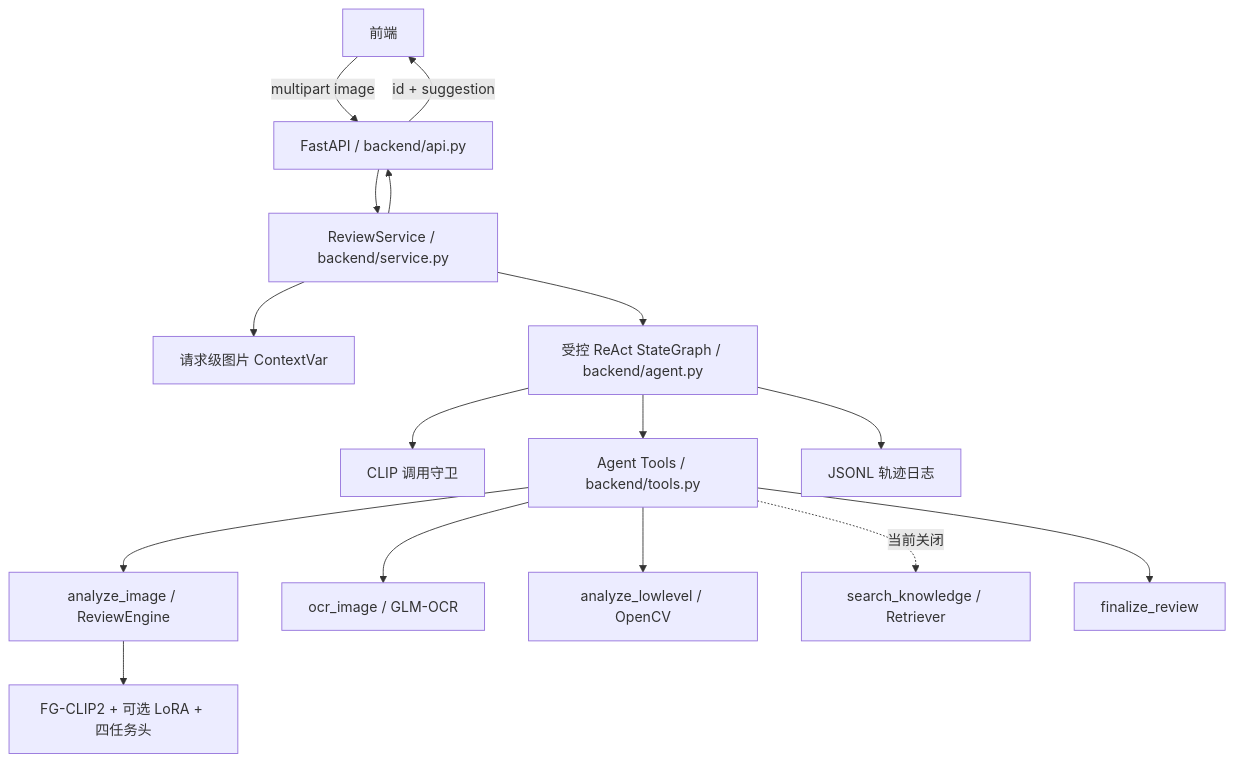
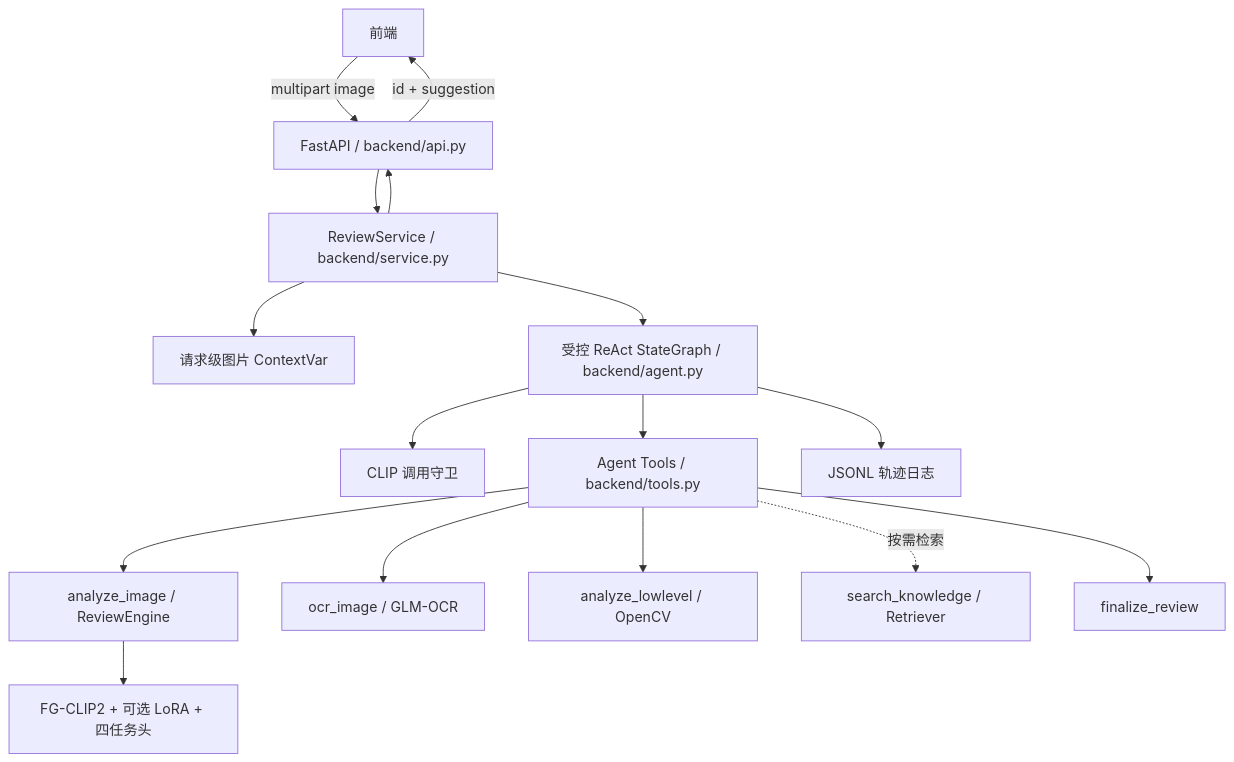
One commit to ZhangGuannanHIT/Image-Review-Agent changed the diagram in docs/architecture.md. Above: the diagram before and after it, drawn with Mermaid. The commit also changed other lines of this file and 22 other files, not shown here.

````diff
--- a/docs/architecture.md
+++ b/docs/architecture.md
@@ -13,18 +13,18 @@
 ```mermaid
 flowchart TD
     FE[前端] -->|multipart image| API[FastAPI / backend/api.py]
     API --> SVC[ReviewService / backend/service.py]
     SVC --> CTX[请求级图片 ContextVar]
     SVC --> GRAPH[受控 ReAct StateGraph / backend/agent.py]
     GRAPH --> GUARD[CLIP 调用守卫]
     GRAPH --> TOOLS[Agent Tools / backend/tools.py]
     TOOLS --> CLIP[analyze_image / ReviewEngine]
     TOOLS --> OCR[ocr_image / GLM-OCR]
     TOOLS --> LOW[analyze_lowlevel / OpenCV]
-    TOOLS -. 当前关闭 .-> RAG[search_knowledge / Retriever]
+    TOOLS -. 按需检索 .-> RAG[search_knowledge / Retriever]
     TOOLS --> FINAL[finalize_review]
     CLIP --> MODEL[FG-CLIP2 + 可选 LoRA + 四任务头]
     GRAPH --> LOG[JSONL 轨迹日志]
     SVC --> API
     API -->|id + suggestion| FE
 ```
````
